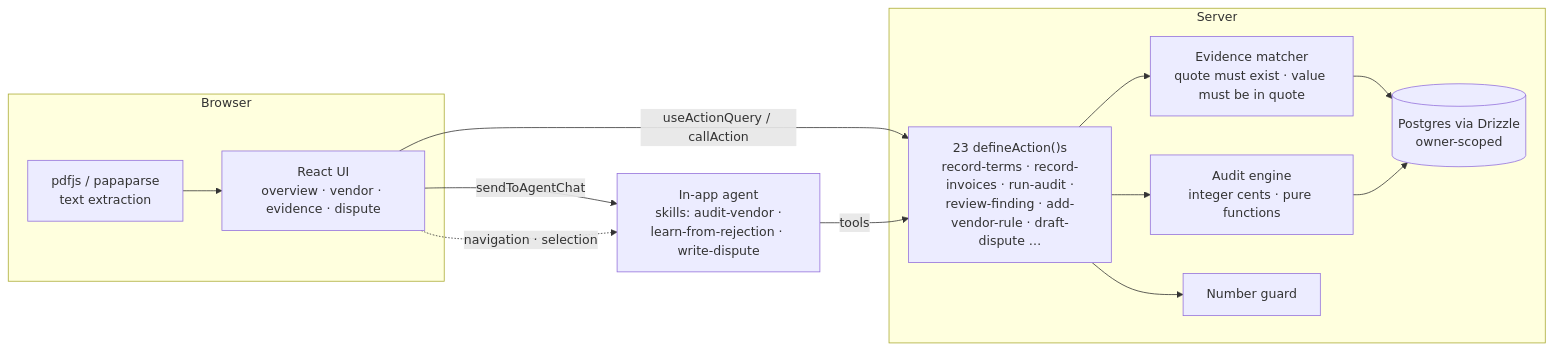
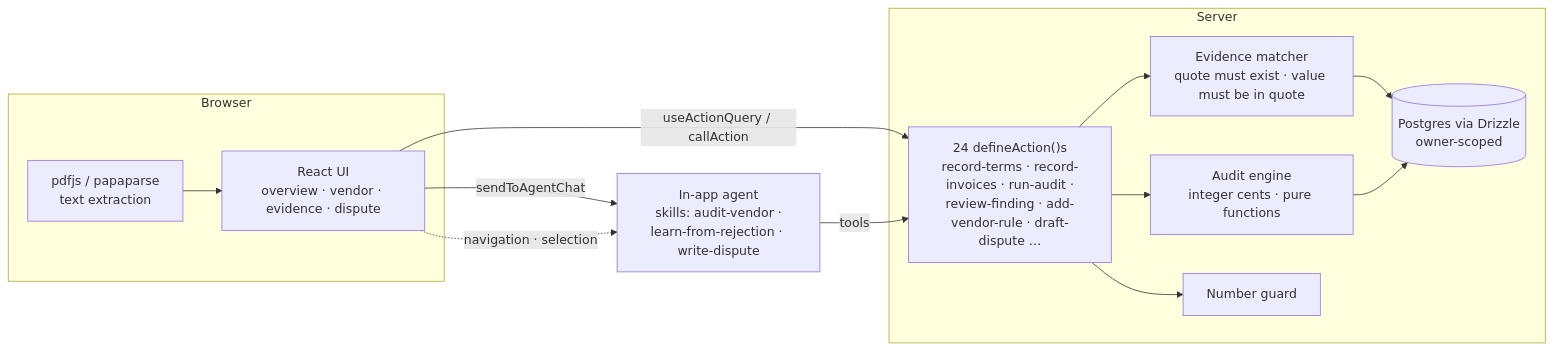
One commit to martinvibes/tallyfoil changed the diagram in README.md. Above: the diagram before and after it, drawn with Mermaid. The commit also changed other lines of this file, not shown here.

Commit message:
README: the vendor reply loop; current test and action counts

````diff
--- a/README.md
+++ b/README.md
@@ -52,23 +56,23 @@
 ```mermaid
 flowchart LR
   subgraph Browser
     UI[React UI<br/>overview · vendor · evidence · dispute]
     PDF[pdfjs / papaparse<br/>text extraction]
   end
   Agent[In-app agent<br/>skills: audit-vendor ·<br/>learn-from-rejection · write-dispute]
   subgraph Server
-    Actions["23 defineAction()s<br/>record-terms · record-invoices · run-audit ·<br/>review-finding · add-vendor-rule · draft-dispute …"]
+    Actions["24 defineAction()s<br/>record-terms · record-invoices · run-audit ·<br/>review-finding · add-vendor-rule · draft-dispute …"]
     Matcher[Evidence matcher<br/>quote must exist · value must be in quote]
     Engine[Audit engine<br/>integer cents · pure functions]
     Guard[Number guard]
     DB[(Postgres via Drizzle<br/>owner-scoped)]
   end
   PDF --> UI
   UI -- useActionQuery / callAction --> Actions
   UI -- sendToAgentChat --> Agent
   Agent -- tools --> Actions
   Actions --> Matcher --> DB
   Actions --> Engine --> DB
   Actions --> Guard
   UI -. navigation · selection .-> Agent
 ```
````
